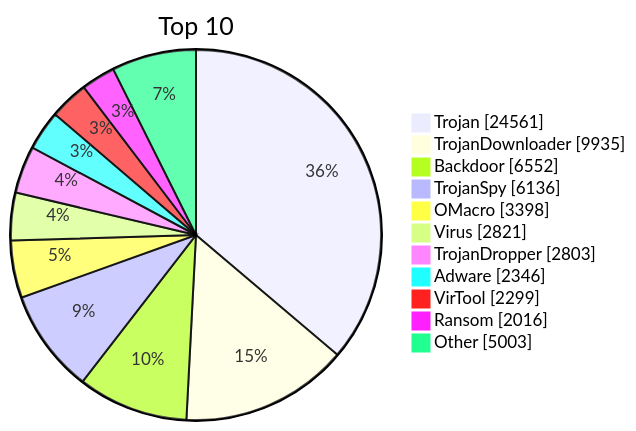
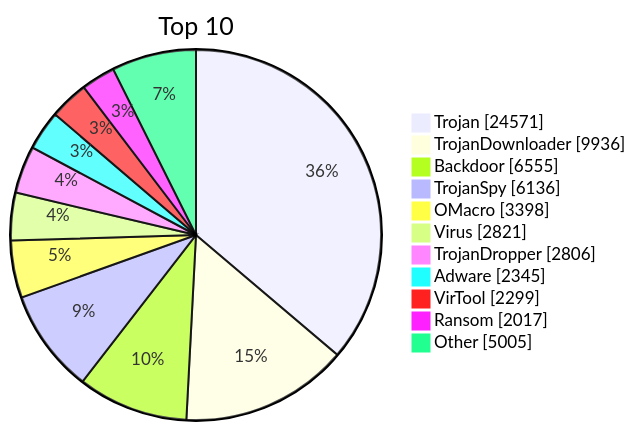
Before and after one commit to JerryLinLinLin/huorong-virdb-changelog: the diagram in README.md, drawn with Mermaid. The commit also changed other lines of this file and 15 other files, not shown here.

````diff
--- a/README.md
+++ b/README.md
@@ -19,15 +19,15 @@
 ```mermaid
 pie showData
     title Top 10
-    "Trojan" : 24561
-    "TrojanDownloader" : 9935
-    "Backdoor" : 6552
+    "Trojan" : 24571
+    "TrojanDownloader" : 9936
+    "Backdoor" : 6555
     "TrojanSpy" : 6136
     "OMacro" : 3398
     "Virus" : 2821
-    "TrojanDropper" : 2803
-    "Adware" : 2346
+    "TrojanDropper" : 2806
+    "Adware" : 2345
     "VirTool" : 2299
-    "Ransom" : 2016
-    "Other" : 5003
+    "Ransom" : 2017
+    "Other" : 5005
 ```
````
